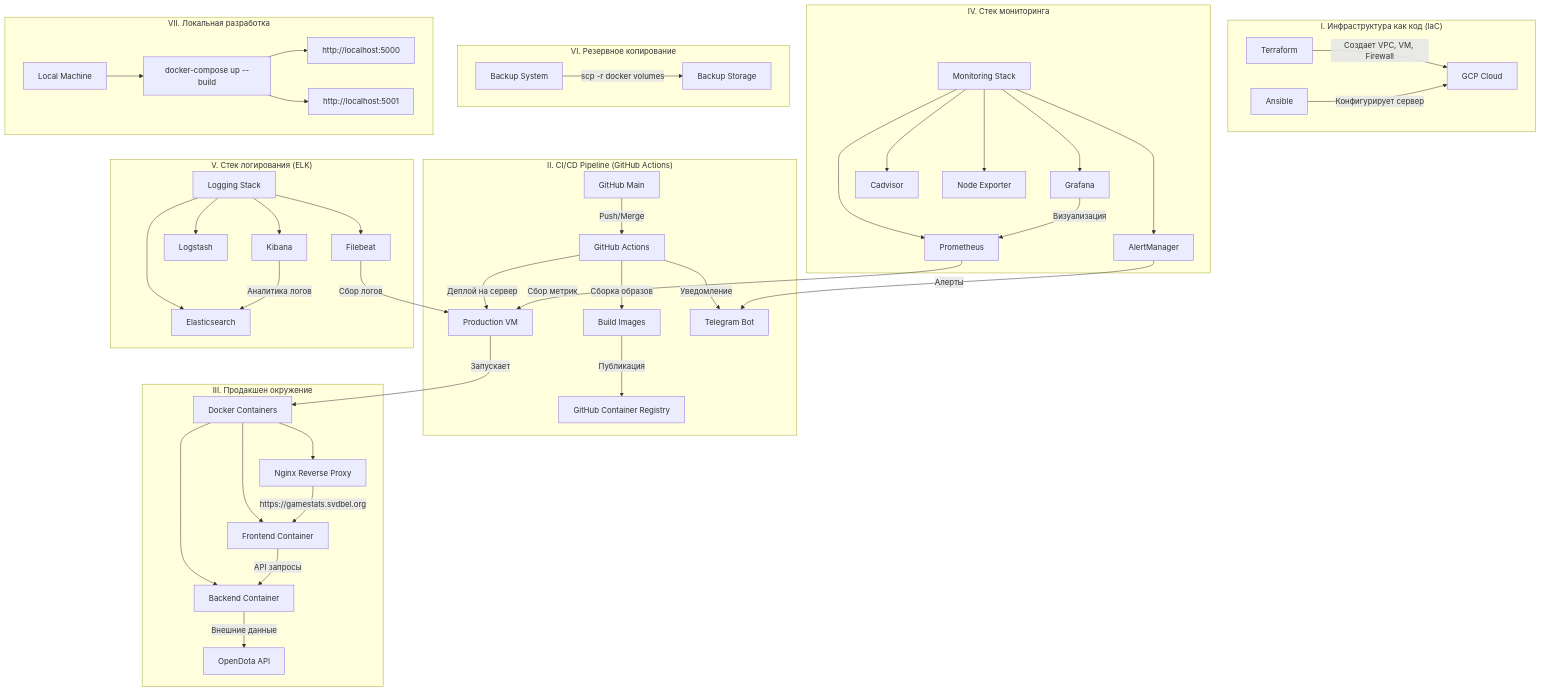
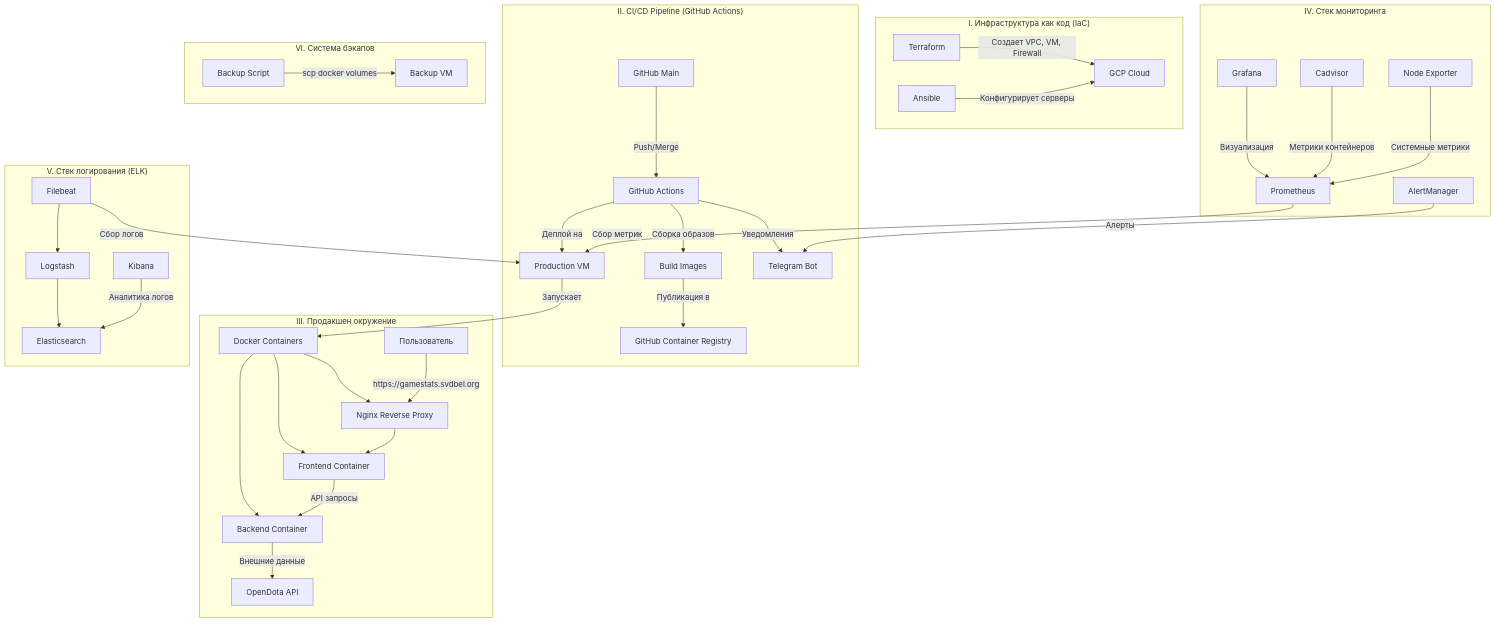
The diagram in README.md (svdbel/GameStats-Hub), drawn with Mermaid before and after one commit. The commit also changed other lines of this file, not shown here.

````diff
--- a/README.md
+++ b/README.md
@@ -93,66 +15,53 @@
 ```mermaid
 graph TD
     %% Infrastructure Provisioning & Configuration
     subgraph "I. Инфраструктура как код (IaC)"
         Terraform[Terraform] -- "Создает VPC, VM, Firewall" --> GCP[GCP Cloud]
-        Ansible[Ansible] -- "Конфигурирует сервер" --> GCP
+        Ansible[Ansible] -- "Конфигурирует серверы" --> GCP
     end
 
     %% CI/CD Pipeline
     subgraph "II. CI/CD Pipeline (GitHub Actions)"
         GitHub[GitHub Main] -- "Push/Merge" --> GitHubActions[GitHub Actions]
         GitHubActions -- "Сборка образов" --> DockerBuild[Build Images]
-        DockerBuild -- "Публикация" --> GHCR[GitHub Container Registry]
-        GitHubActions -- "Деплой на сервер" --> ProductionVM[Production VM]
-        GitHubActions -- "Уведомление" --> TelegramBot[Telegram Bot]
+        DockerBuild -- "Публикация в" --> GHCR[GitHub Container Registry]
+        GitHubActions -- "Деплой на" --> ProductionVM[Production VM]
+        GitHubActions -- "Уведомления" --> TelegramBot[Telegram Bot]
     end
 
     %% Production Environment
     subgraph "III. Продакшен окружение"
         ProductionVM -- "Запускает" --> DockerContainers[Docker Containers]
         
         DockerContainers --> Frontend[Frontend Container]
         DockerContainers --> Backend[Backend Container]
         DockerContainers --> Nginx[Nginx Reverse Proxy]
         
-        Nginx -- "https://gamestats.svdbel.org" --> Frontend
+        User[Пользователь] -- "https://gamestats.svdbel.org" --> Nginx
+        Nginx --> Frontend
         Frontend -- "API запросы" --> Backend
         Backend -- "Внешние данные" --> OpenDotaAPI[OpenDota API]
     end
 
     %% Monitoring Stack
     subgraph "IV. Стек мониторинга"
-        MonitoringStack[Monitoring Stack] --> Prometheus[Prometheus]
-        MonitoringStack --> Grafana[Grafana]
-        MonitoringStack --> AlertManager[AlertManager]
-        MonitoringStack --> Cadvisor[Cadvisor]
-        MonitoringStack --> NodeExporter[Node Exporter]
-        
-        Prometheus -- "Сбор метрик" --> ProductionVM
-        Grafana -- "Визуализация" --> Prometheus
-        AlertManager -- "Алерты" --> TelegramBot
+        Prometheus[Prometheus] -- "Сбор метрик" --> ProductionVM
+        Grafana[Grafana] -- "Визуализация" --> Prometheus
+        AlertManager[AlertManager] -- "Алерты" --> TelegramBot
+        Cadvisor[Cadvisor] -- "Метрики контейнеров" --> Prometheus
+        NodeExporter[Node Exporter] -- "Системные метрики" --> Prometheus
     end
 
     %% Logging Stack
     subgraph "V. Стек логирования (ELK)"
-        LoggingStack[Logging Stack] --> Elasticsearch[Elasticsearch]
-        LoggingStack --> Kibana[Kibana]
-        LoggingStack --> Logstash[Logstash]
-        LoggingStack --> Filebeat[Filebeat]
-        
-        Filebeat -- "Сбор логов" --> ProductionVM
-        Kibana -- "Аналитика логов" --> Elasticsearch
+        Filebeat[Filebeat] -- "Сбор логов" --> ProductionVM
+        Filebeat --> Logstash[Logstash]
+        Logstash --> Elasticsearch[Elasticsearch]
+        Kibana[Kibana] -- "Аналитика логов" --> Elasticsearch
     end
 
-    %% Backup
-    subgraph "VI. Резервное копирование"
-        Backup[Backup System] -- "scp -r docker volumes" --> BackupStorage[Backup Storage]
-    end
-
-    %% Local Development
-    subgraph "VII. Локальная разработка"
-        LocalDev[Local Machine] --> DockerCompose[docker-compose up --build]
-        DockerCompose --> LocalFrontend[http://localhost:5000]
-        DockerCompose --> LocalBackend[http://localhost:5001]
+    %% Backup System
+    subgraph "VI. Система бэкапов"
+        Backup[Backup Script] -- "scp docker volumes" --> BackupVM[Backup VM]
     end
 ```
````
